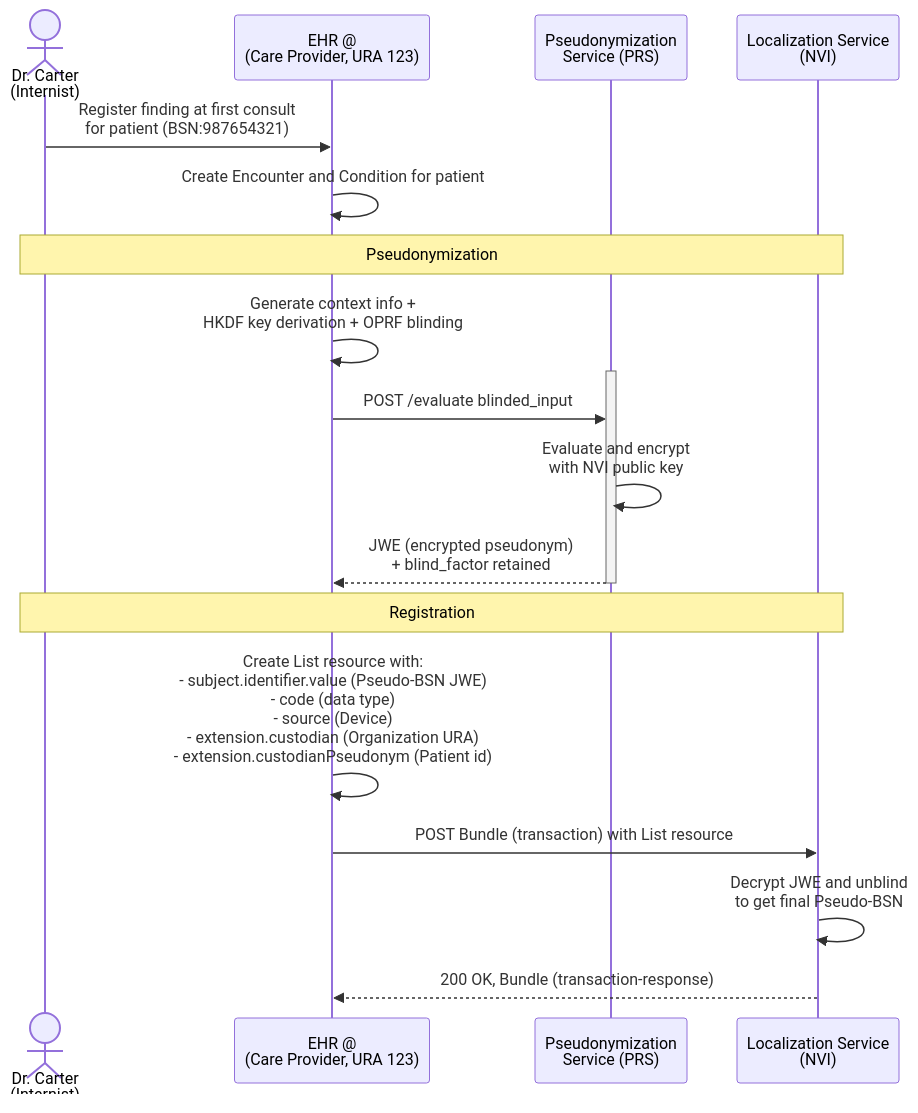
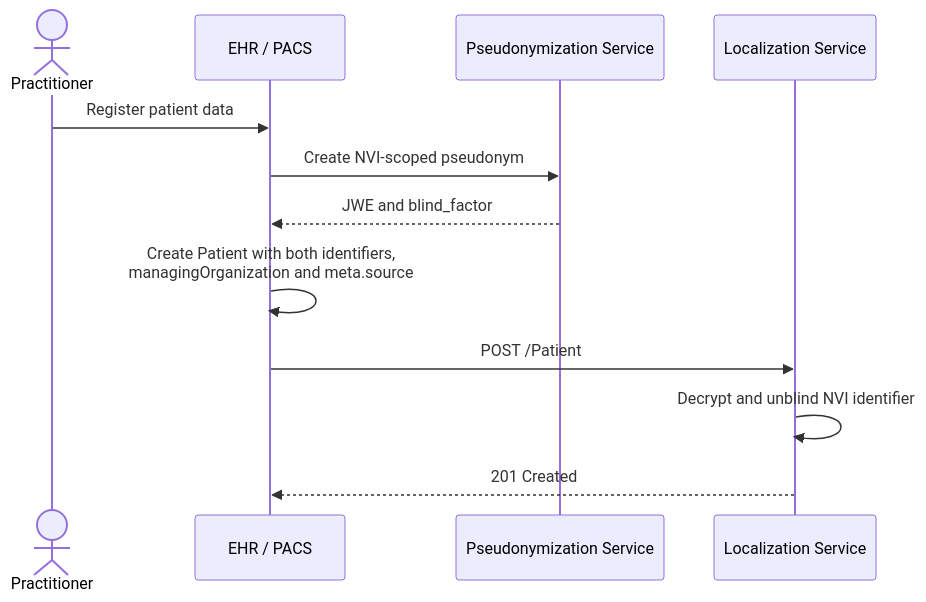
Before and after one commit to minvws/generiekefuncties-docs: the first of 2 diagrams in input/pagecontent/localization.md, drawn with Mermaid. The commit also changed other lines of this file and 9 other files, not shown here.

Commit message:
search context and Patient resource

````diff
--- a/input/pagecontent/localization.md
+++ b/input/pagecontent/localization.md
@@ -362,24 +249,15 @@
 ```mermaid
 sequenceDiagram
-    actor doctor as Dr. Carter<br/>(Internist)
-    participant ehr as EHR @<br/>(Care Provider, URA 123)
-    participant prs as Pseudonymization<br/>Service (PRS)
-    participant nvi as Localization Service<br/>(NVI)
+    actor doctor as Practitioner
+    participant ehr as EHR / PACS
+    participant prs as Pseudonymization Service
+    participant nvi as Localization Service
 
-    doctor->>ehr: Register finding at first consult<br/>for patient (BSN:987654321)
-    ehr->>ehr: Create Encounter and Condition for patient
-
-    Note over doctor,nvi: Pseudonymization
-    ehr->>ehr: Generate context info +<br/>HKDF key derivation + OPRF blinding
-    activate prs
-    ehr->>prs: POST /evaluate blinded_input
-    prs->>prs: Evaluate and encrypt<br/>with NVI public key
-    prs-->>ehr: JWE (encrypted pseudonym)<br/>+ blind_factor retained
-    deactivate prs
-
-    Note over doctor,nvi: Registration
-    ehr->>ehr: Create List resource with:<br/>- subject.identifier.value (Pseudo-BSN JWE)<br/>- code (data type)<br/>- source (Device)<br/>- extension.custodian (Organization URA)<br/>- extension.custodianPseudonym (Patient id)
-    ehr->>nvi: POST Bundle (transaction) with List resource
-    nvi->>nvi: Decrypt JWE and unblind<br/>to get final Pseudo-BSN
-    nvi-->>ehr: 200 OK, Bundle (transaction-response)
+    doctor->>ehr: Register patient data
+    ehr->>prs: Create NVI-scoped pseudonym
+    prs-->>ehr: JWE and blind_factor
+    ehr->>ehr: Create Patient with both identifiers,<br/>managingOrganization and meta.source
+    ehr->>nvi: POST /Patient
+    nvi->>nvi: Decrypt and unblind NVI identifier
+    nvi-->>ehr: 201 Created
 ```
````
